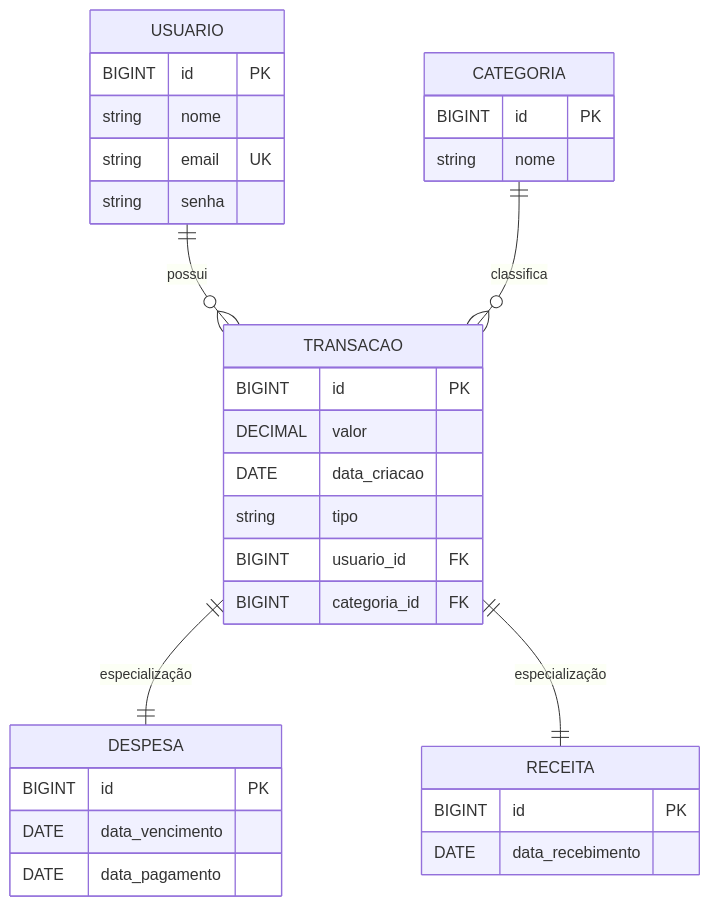
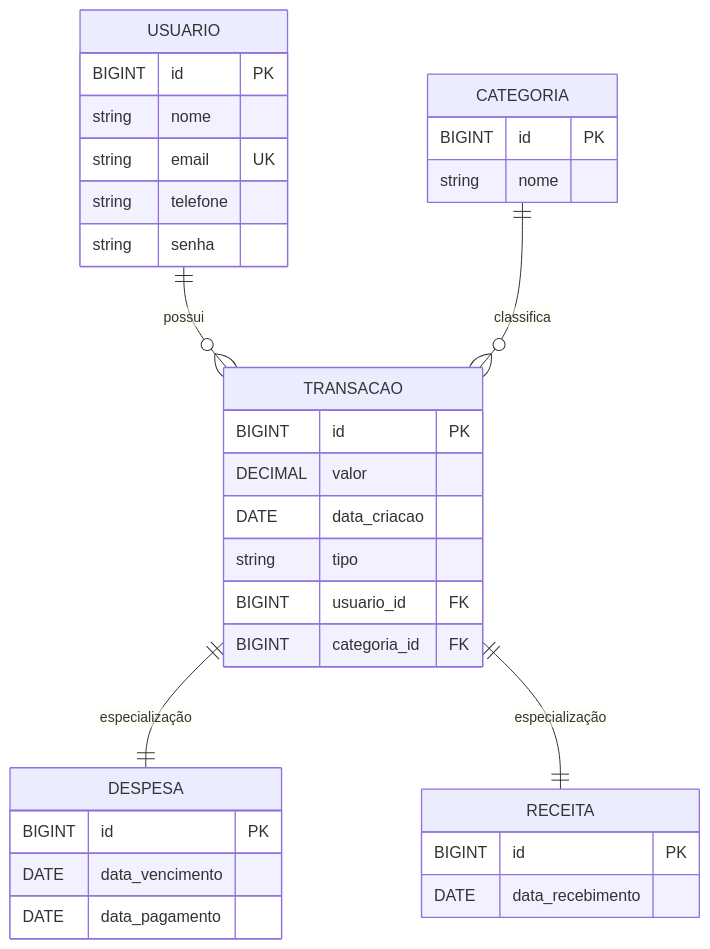
Before and after one commit to AndreOliveiraALO/dio-desafio-api-controle-financeiro-pessoal: the second of 2 diagrams in README.md, drawn with Mermaid. The commit also changed other lines of this file, not shown here.

````diff
--- a/README.md
+++ b/README.md
@@ -42,40 +43,41 @@
 ```mermaid
 ---
 config:
   layout: dagre
 ---
 erDiagram
 	direction TB
 	USUARIO {
 		BIGINT id PK ""  
 		string nome  ""  
-		string email UK ""  
+		string email UK ""
+		string telefone ""
 		string senha  ""  
 	}
 	TRANSACAO {
 		BIGINT id PK ""  
 		DECIMAL valor  ""  
 		DATE data_criacao  ""  
 		string tipo  ""  
 		BIGINT usuario_id FK ""  
 		BIGINT categoria_id FK ""  
 	}
 	CATEGORIA {
 		BIGINT id PK ""  
 		string nome  ""  
 	}
 	DESPESA {
 		BIGINT id PK ""  
 		DATE data_vencimento  ""  
 		DATE data_pagamento  ""  
 	}
 	RECEITA {
 		BIGINT id PK ""  
 		DATE data_recebimento  ""  
 	}
 	USUARIO||--o{TRANSACAO:"possui"
 	CATEGORIA||--o{TRANSACAO:"classifica"
 	TRANSACAO||--||DESPESA:"especialização"
 	TRANSACAO||--||RECEITA:"especialização"
 
 ```
````
